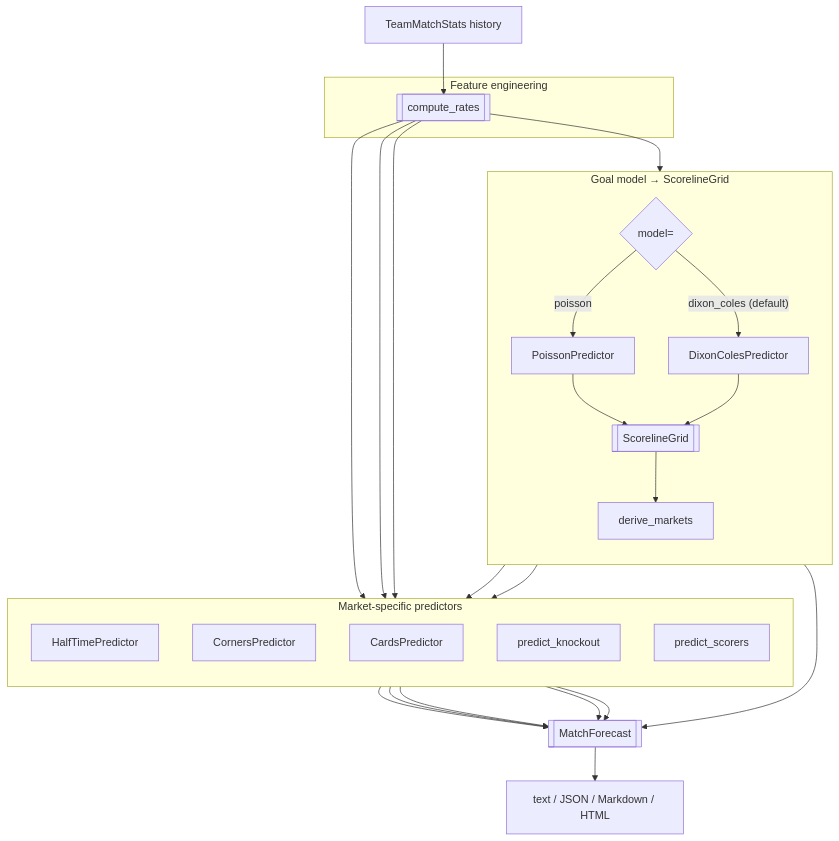
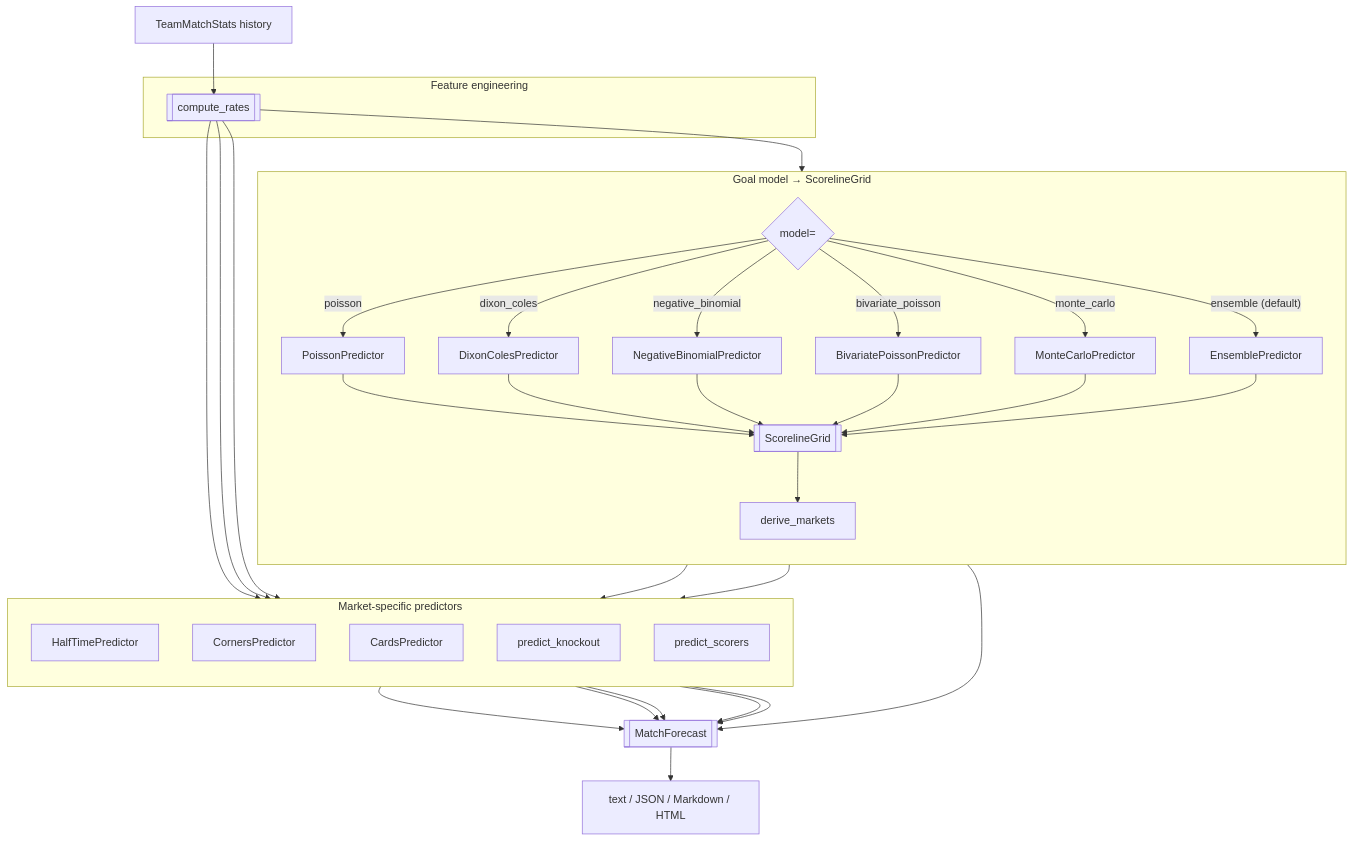
One commit to armandabiri/soccer_prediction changed the second of 2 diagrams in README.md. Above: the diagram before and after it, drawn with Mermaid. The commit also changed other lines of this file and 35 other files, not shown here.

````diff
--- a/README.md
+++ b/README.md
@@ -71,42 +73,50 @@
 ```mermaid
 flowchart TD
   H[TeamMatchStats history] --> R[[compute_rates]]
 
   subgraph FE["Feature engineering"]
     R
   end
 
   subgraph GM["Goal model &rarr; ScorelineGrid"]
     direction TB
     G{"model="}
     G -->|"poisson"| P1[PoissonPredictor]
-    G -->|"dixon_coles (default)"| P2[DixonColesPredictor]
+    G -->|"dixon_coles"| P2[DixonColesPredictor]
+    G -->|"negative_binomial"| P3[NegativeBinomialPredictor]
+    G -->|"bivariate_poisson"| P4[BivariatePoissonPredictor]
+    G -->|"monte_carlo"| P5[MonteCarloPredictor]
+    G -->|"ensemble (default)"| PE[EnsemblePredictor]
     P1 --> SG[[ScorelineGrid]]
     P2 --> SG
+    P3 --> SG
+    P4 --> SG
+    P5 --> SG
+    PE --> SG
     SG --> MK[derive_markets]
   end
 
   subgraph MP["Market-specific predictors"]
     direction TB
     HT[HalfTimePredictor]
     CO[CornersPredictor]
     CD[CardsPredictor]
     KO[predict_knockout]
     SC[predict_scorers]
   end
 
   R --> G
   R --> HT
   R --> CO
   R --> CD
   SG --> KO
   SG --> SC
 
   MK --> MF[[MatchForecast]]
   HT --> MF
   CO --> MF
   CD --> MF
   KO --> MF
   SC --> MF
   MF --> RPT[text / JSON / Markdown / HTML]
 ```
````
